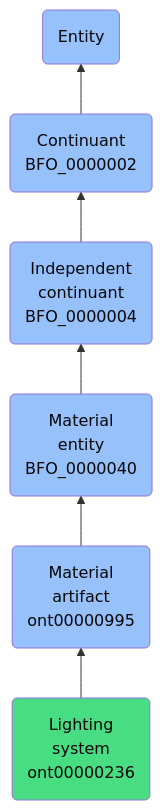
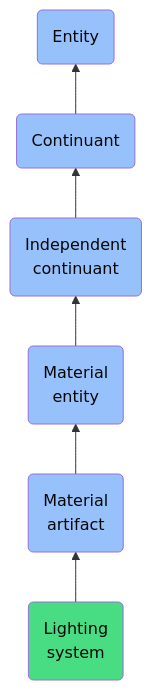
One commit to jupyter-naas/abi changed the diagram in docs/ontology/reference/model/Entity/Continuant/Independent continuant/Material entity/Material artifact/Lighting system/Lighting system.md. Above: the diagram before and after it, drawn with Mermaid. The commit also changed other lines of this file and 1430 other files, not shown here.

````diff
--- a/docs/ontology/reference/model/Entity/Continuant/Independent continuant/Material entity/Material artifact/Lighting system/Lighting system.md
+++ b/docs/ontology/reference/model/Entity/Continuant/Independent continuant/Material entity/Material artifact/Lighting system/Lighting system.md
@@ -24,13 +24,13 @@
 ```mermaid
 graph BT
-    ont00000236(Lighting<br>system<br>ont00000236):::ABI-->ont00000995
-    ont00000995(Material<br>artifact<br>ont00000995):::BFO-->BFO_0000040
-    BFO_0000040(Material<br>entity<br>BFO_0000040):::BFO-->BFO_0000004
-    BFO_0000004(Independent<br>continuant<br>BFO_0000004):::BFO-->BFO_0000002
-    BFO_0000002(Continuant<br>BFO_0000002):::BFO-->BFO_0000001
+    ont00000236(Lighting<br>system):::ABI-->ont00000995
+    ont00000995(Material<br>artifact):::BFO-->BFO_0000040
+    BFO_0000040(Material<br>entity):::BFO-->BFO_0000004
+    BFO_0000004(Independent<br>continuant):::BFO-->BFO_0000002
+    BFO_0000002(Continuant):::BFO-->BFO_0000001
     BFO_0000001(Entity):::BFO
     
     classDef BFO fill:#97c1fb,color:#060606
     classDef CCO fill:#e4c51e,color:#060606
     classDef ABI fill:#48DD82,color:#060606
 ```
````
